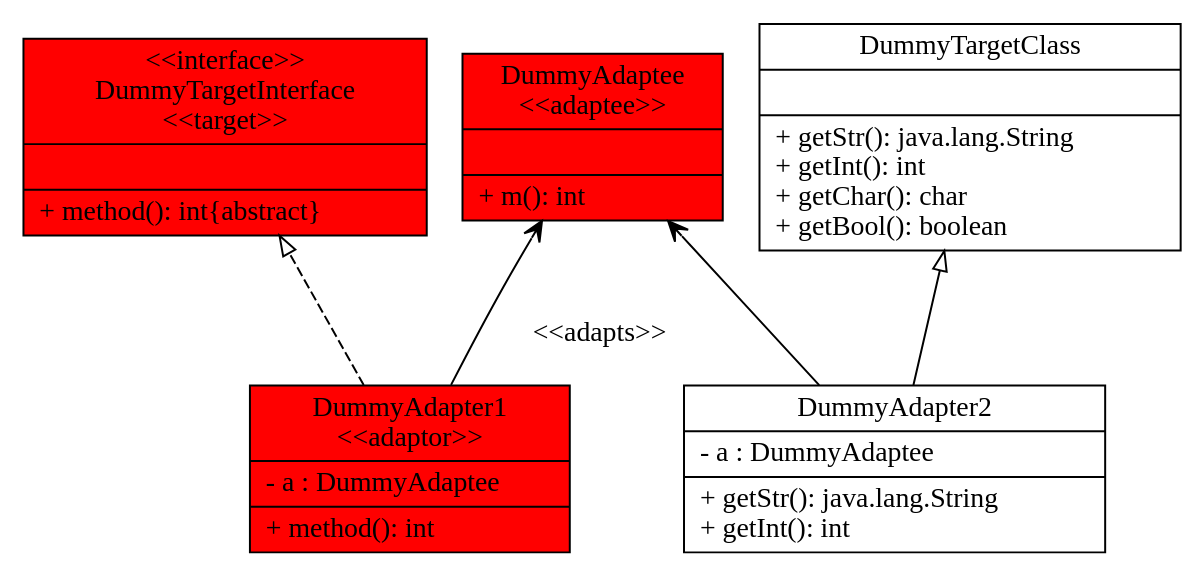
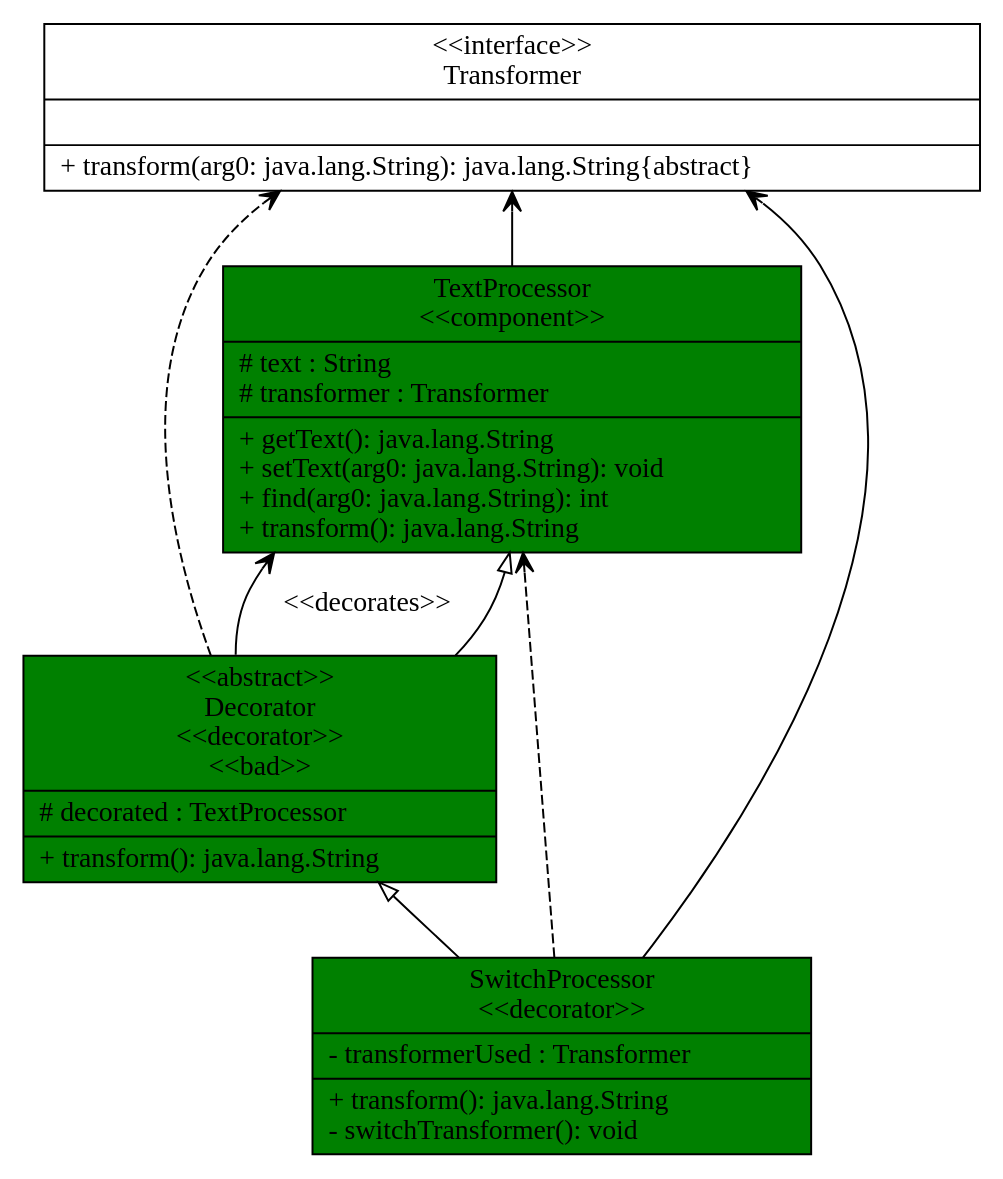
The diagram in FinalProject/test.gv (KennanFrench/-CSSE374-The-Observers), drawn with Graphviz before and after one commit. The commit also changed 10 other files, not shown here.

```diff
--- a/FinalProject/test.gv
+++ b/FinalProject/test.gv
@@ -1,56 +1,55 @@
 digraph ILoveThisProject{
 rankdir=BT;
-DummyAdaptee [
+Decorator [
  shape="record",
  color="null",
  style="filled",
- fillcolor="red"
- label="{DummyAdaptee\n\<\<adaptee\>\>\n | |+ m(): int\l
+ fillcolor="green"
+ label="{\<\<abstract\>\>\n
+Decorator\n\<\<decorator\>\>\n\<\<bad\>\>\n | # decorated : TextProcessor\l|+ transform(): java.lang.String\l
 }" 
 ];
-DummyAdapter1 [
+SwitchProcessor [
  shape="record",
  color="null",
  style="filled",
- fillcolor="red"
- label="{DummyAdapter1\n\<\<adaptor\>\>\n | - a : DummyAdaptee\l|+ method(): int\l
+ fillcolor="green"
+ label="{SwitchProcessor\n\<\<decorator\>\>\n | - transformerUsed : Transformer\l|+ transform(): java.lang.String\l
+- switchTransformer(): void\l
 }" 
 ];
-DummyAdapter2 [
+TextProcessor [
+ shape="record",
+ color="null",
+ style="filled",
+ fillcolor="green"
+ label="{TextProcessor\n\<\<component\>\>\n | # text : String\l# transformer : Transformer\l|+ getText(): java.lang.String\l
++ setText(arg0: java.lang.String): void\l
++ find(arg0: java.lang.String): int\l
++ transform(): java.lang.String\l
+}" 
+];
+Transformer [
  shape="record",
  color="null",
  style="filled",
  fillcolor="white"
- label="{DummyAdapter2 | - a : DummyAdaptee\l|+ getStr(): java.lang.String\l
-+ getInt(): int\l
+ label="{\<\<interface\>\>\n
+Transformer | |+ transform(arg0: java.lang.String): java.lang.String\{abstract\}\l
 }" 
 ];
-DummyTargetClass [
- shape="record",
- color="null",
- style="filled",
- fillcolor="white"
- label="{DummyTargetClass | |+ getStr(): java.lang.String\l
-+ getInt(): int\l
-+ getChar(): char\l
-+ getBool(): boolean\l
-}" 
-];
-DummyTargetInterface [
- shape="record",
- color="null",
- style="filled",
- fillcolor="red"
- label="{\<\<interface\>\>\n
-DummyTargetInterface\n\<\<target\>\>\n | |+ method(): int\{abstract\}\l
-}" 
-];
-DummyAdapter1 -> DummyAdaptee [arrowhead="vee", style="solid", label = "\n\<\<adapts\>\>", taillabel = "", color = ""];
+Decorator -> TextProcessor [arrowhead="vee", style="solid", label = "\<\<decorates\>\>", taillabel = "", color = ""];
 
-DummyAdapter1 -> DummyTargetInterface [arrowhead="onormal", style="dashed", taillabel = "", color = ""];
+Decorator -> Transformer [arrowhead="vee", style="dashed", taillabel = "", color = ""];
 
-DummyAdapter2 -> DummyAdaptee [arrowhead="vee", style="solid", taillabel = "", color = ""];
+Decorator -> TextProcessor [arrowhead="onormal", style="solid", taillabel = "", color = ""];
 
-DummyAdapter2 -> DummyTargetClass [arrowhead="onormal", style="solid", taillabel = "", color = ""];
+SwitchProcessor -> Transformer [arrowhead="vee", style="solid", taillabel = "", color = ""];
+
+SwitchProcessor -> TextProcessor [arrowhead="vee", style="dashed", taillabel = "", color = ""];
+
+SwitchProcessor -> Decorator [arrowhead="onormal", style="solid", taillabel = "", color = ""];
+
+TextProcessor -> Transformer [arrowhead="vee", style="solid", taillabel = "", color = ""];
 
 }
```
